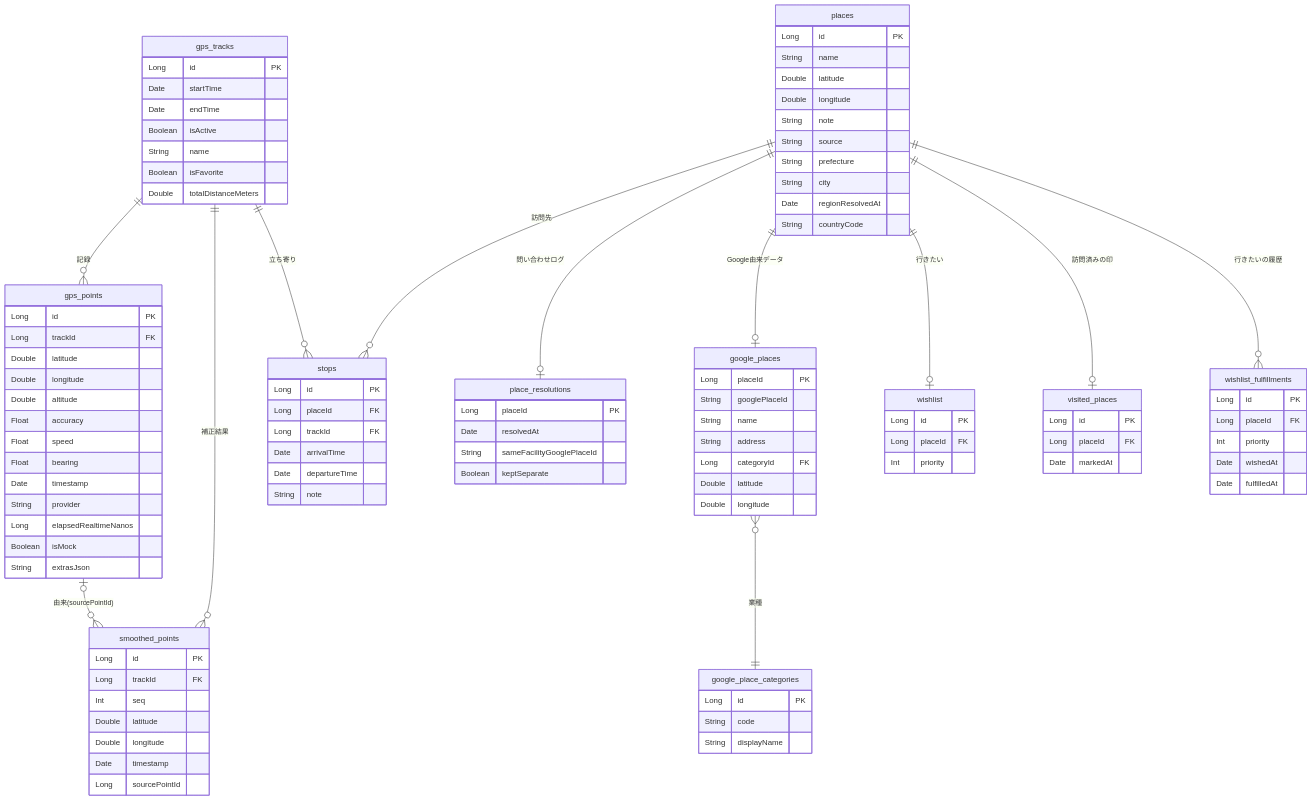
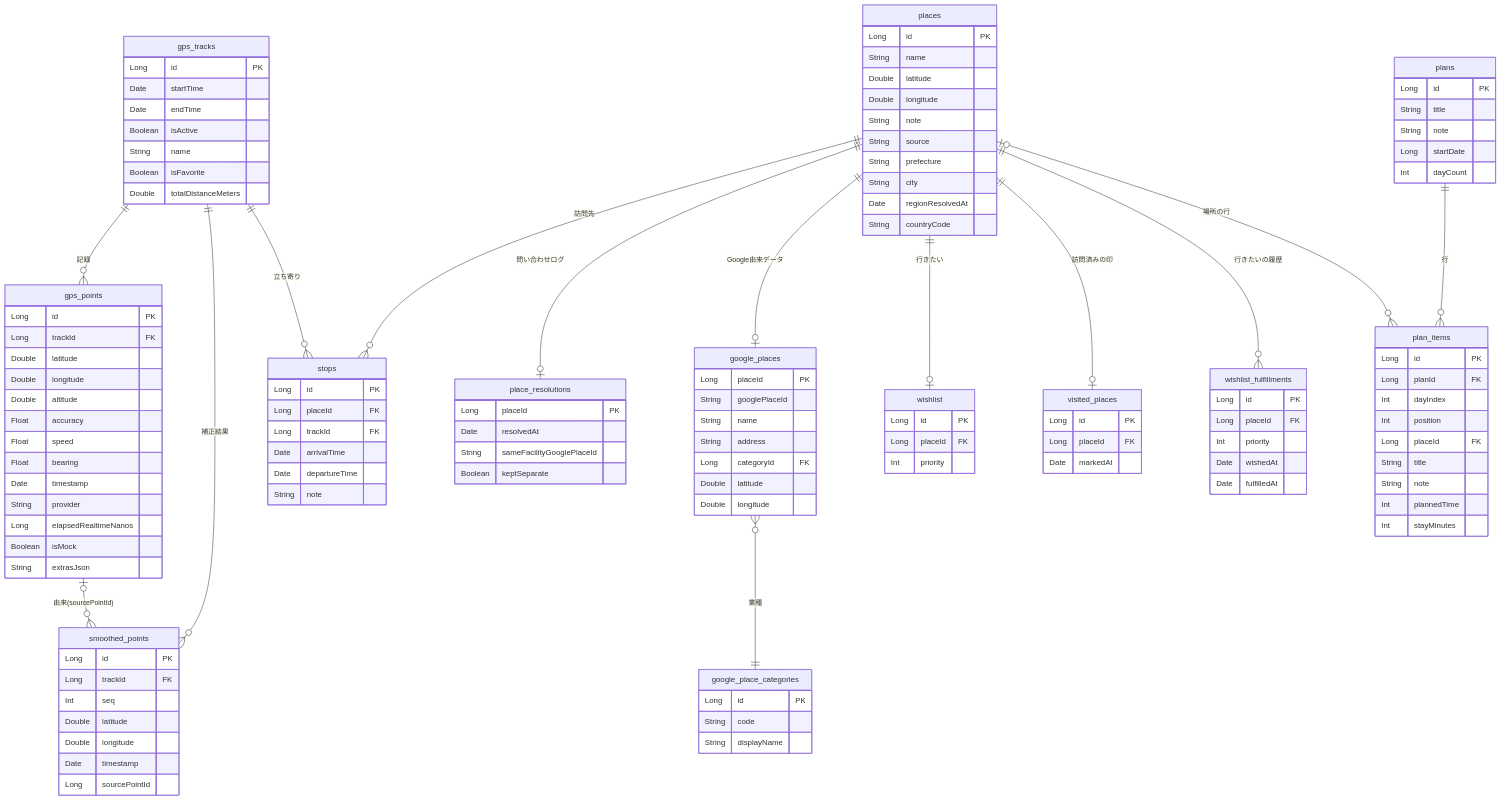
One commit to y-nosuke/pathly changed the diagram in docs/specs/model.md. Above: the diagram before and after it, drawn with Mermaid. The commit also changed other lines of this file and 56 other files, not shown here.

First line of the commit message:
feat(plans): 計画のタブを足し、計画を作って場所とメモを並べ、地図で見られるようにする

````diff
--- a/docs/specs/model.md
+++ b/docs/specs/model.md
@@ -23,6 +23,8 @@
   places ||--o| wishlist : "行きたい"
   places ||--o| visited_places : "訪問済みの印"
   places ||--o{ wishlist_fulfillments : "行きたいの履歴"
+  plans ||--o{ plan_items : "行"
+  places |o--o{ plan_items : "場所の行"
   gps_points |o--o{ smoothed_points : "由来(sourcePointId)"
 
   gps_tracks {
@@ -115,4 +117,22 @@
     Date wishedAt
     Date fulfilledAt
   }
+  plans {
+    Long id PK
+    String title
+    String note
+    Long startDate
+    Int dayCount
+  }
+  plan_items {
+    Long id PK
+    Long planId FK
+    Int dayIndex
+    Int position
+    Long placeId FK
+    String title
+    String note
+    Int plannedTime
+    Int stayMinutes
+  }
 ```
````
